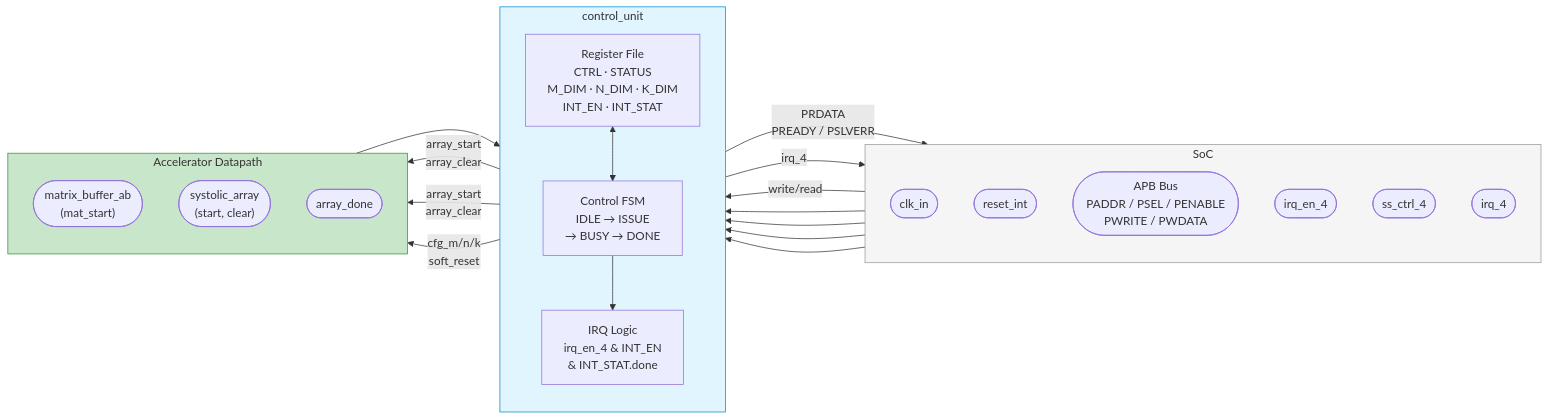
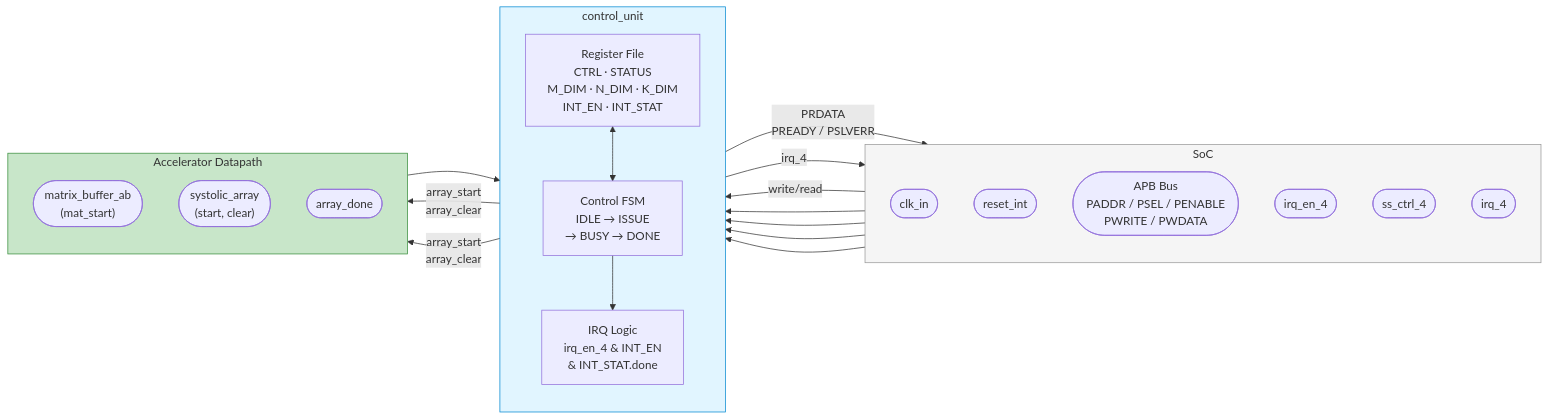
The first of 2 diagrams in docs/interface/control_unit_if.md (lithegreat/systolic-array-AI-accelerator), drawn with Mermaid before and after one commit. The commit also changed other lines of this file and 4 other files, not shown here.

````diff
--- a/docs/interface/control_unit_if.md
+++ b/docs/interface/control_unit_if.md
@@ -20,46 +20,45 @@
 ```mermaid
 flowchart LR
    subgraph SOC["SoC"]
       direction TB
       clk_s(["clk_in"])
       rst_s(["reset_int"])
       apb_s(["APB Bus\nPADDR / PSEL / PENABLE\nPWRITE / PWDATA"])
       irqen_s(["irq_en_4"])
       ssctrl_s(["ss_ctrl_4"])
       irq_s(["irq_4"])
    end
 
    subgraph CU["control_unit"]
       direction TB
       regfile["Register File\nCTRL · STATUS\nM_DIM · N_DIM · K_DIM\nINT_EN · INT_STAT"]
       fsm["Control FSM\nIDLE → ISSUE\n→ BUSY → DONE"]
       irqlogic["IRQ Logic\nirq_en_4 & INT_EN\n& INT_STAT.done"]
       regfile <--> fsm
       fsm --> irqlogic
    end
 
    subgraph ACCEL["Accelerator Datapath"]
       direction TB
       ab(["matrix_buffer_ab\n(mat_start)"])
       arr(["systolic_array\n(start, clear)"])
       done_in(["array_done"])
    end
 
    clk_s --> CU
    rst_s --> CU
    apb_s -- "write/read" --> regfile
    regfile -- "PRDATA\nPREADY / PSLVERR" --> apb_s
    irqen_s --> irqlogic
    ssctrl_s --> regfile
 
    fsm -- "array_start\narray_clear" --> ab
    fsm -- "array_start\narray_clear" --> arr
    done_in --> fsm
 
-   fsm -- "cfg_m/n/k\nsoft_reset" --> ACCEL
    irqlogic -- "irq_4" --> irq_s
 
    style CU fill:#e1f5ff,stroke:#0288d1
    style SOC fill:#f5f5f5,stroke:#999
    style ACCEL fill:#c8e6c9,stroke:#388e3c
 ```
````
